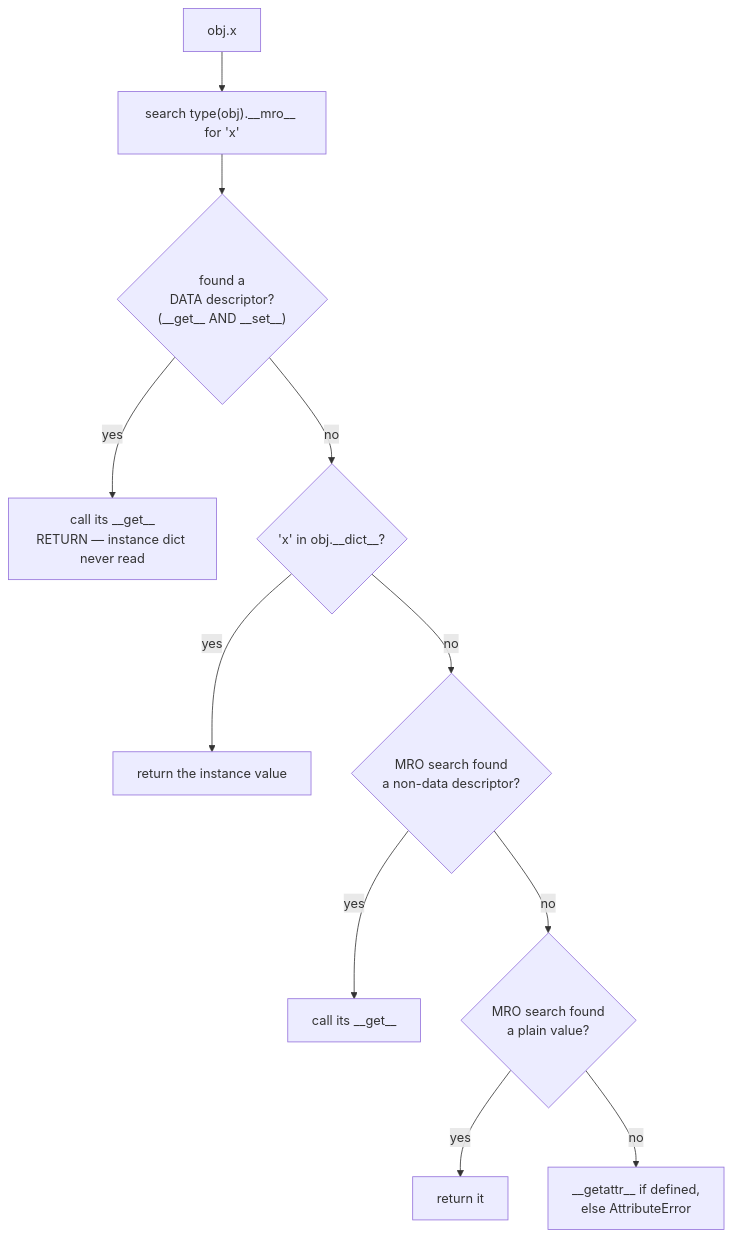
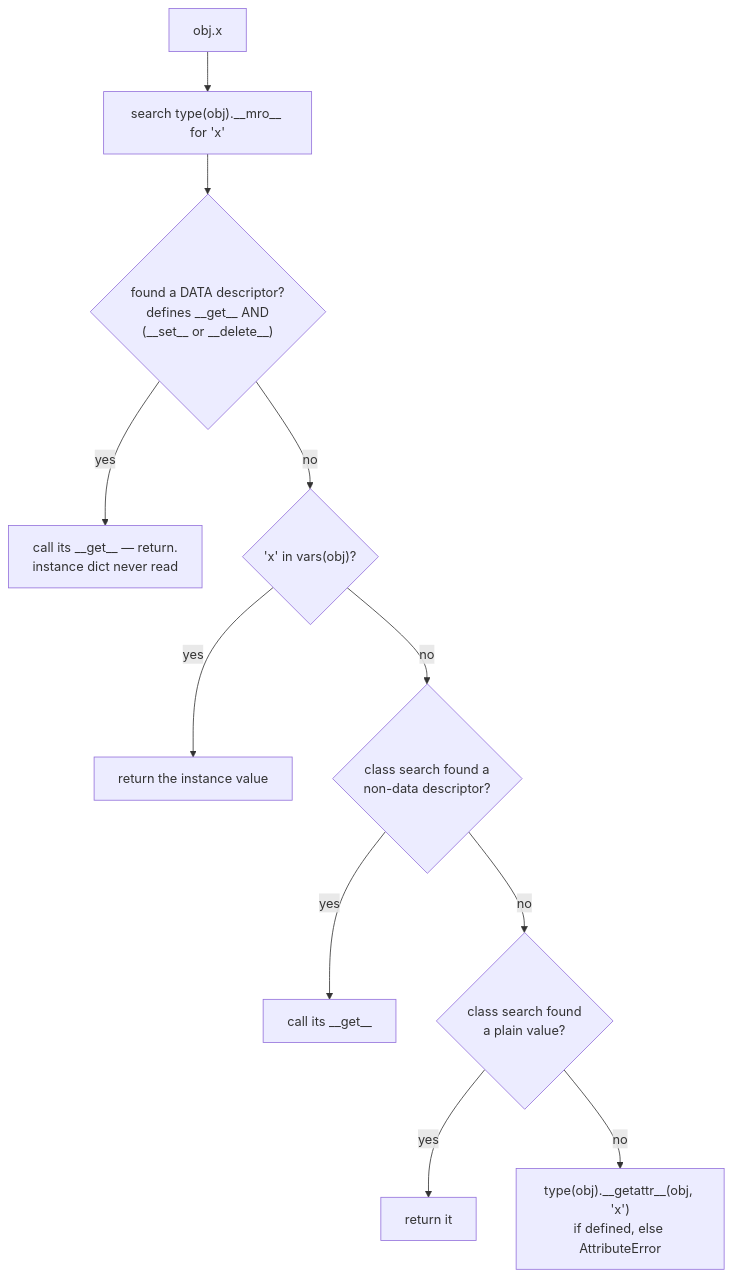
Before and after one commit to AD0791/interviewprep: the first of 2 diagrams in no_weakness/05_python/01_object_model_and_attribute_lookup.md, drawn with Mermaid. The commit also changed other lines of this file and 33 other files, not shown here.

````diff
--- a/no_weakness/05_python/01_object_model_and_attribute_lookup.md
+++ b/no_weakness/05_python/01_object_model_and_attribute_lookup.md
@@ -110,13 +136,13 @@
 ```mermaid
 graph TD
     START["obj.x"] --> MRO["search type(obj).__mro__ for 'x'"]
-    MRO --> DATA{"found a<br/>DATA descriptor?<br/>(__get__ AND __set__)"}
-    DATA -->|yes| DGET["call its __get__<br/>RETURN — instance dict never read"]
-    DATA -->|no| INST{"'x' in obj.__dict__?"}
+    MRO --> DATA{"found a DATA descriptor?<br/>defines __get__ AND<br/>(__set__ or __delete__)"}
+    DATA -->|yes| DGET["call its __get__ — return.<br/>instance dict never read"]
+    DATA -->|no| INST{"'x' in vars(obj)?"}
     INST -->|yes| IVAL["return the instance value"]
-    INST -->|no| NONDATA{"MRO search found<br/>a non-data descriptor?"}
+    INST -->|no| NONDATA{"class search found a<br/>non-data descriptor?"}
     NONDATA -->|yes| NGET["call its __get__"]
-    NONDATA -->|no| CLSVAL{"MRO search found<br/>a plain value?"}
+    NONDATA -->|no| CLSVAL{"class search found<br/>a plain value?"}
     CLSVAL -->|yes| CV["return it"]
-    CLSVAL -->|no| GETATTR["__getattr__ if defined,<br/>else AttributeError"]
+    CLSVAL -->|no| GETATTR["type(obj).__getattr__(obj, 'x')<br/>if defined, else AttributeError"]
 ```
````
